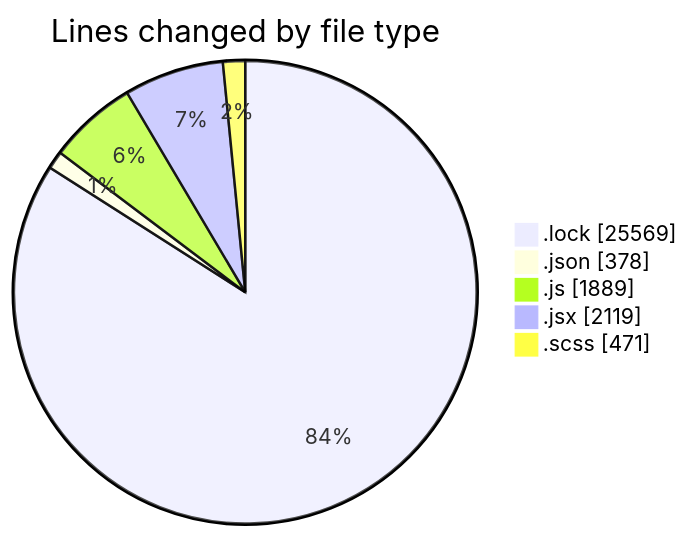
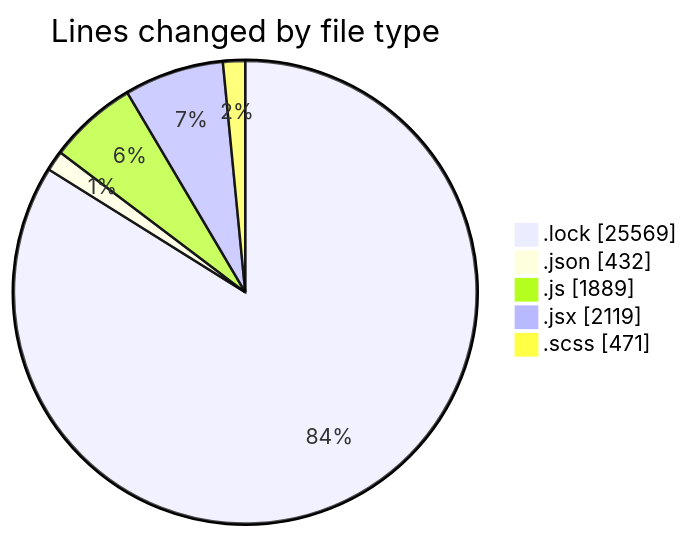
Before and after one commit to momahboobian/code-tracking: the first of 2 diagrams in 2026-01-07/cda/README.md, drawn with Mermaid. The commit also changed other lines of this file and 1 other file, not shown here.

````diff
--- a/2026-01-07/cda/README.md
+++ b/2026-01-07/cda/README.md
@@ -51,9 +51,9 @@
 ```mermaid
 pie showData
 title Lines changed by file type
 ".lock" : 25569
-".json" : 378
+".json" : 432
 ".js" : 1889
 ".jsx" : 2119
 ".scss" : 471
 ```
````
